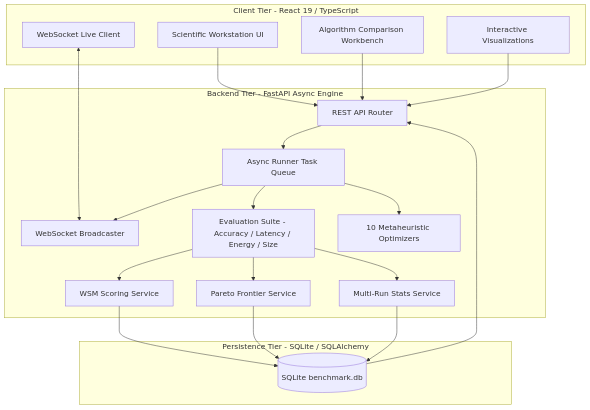
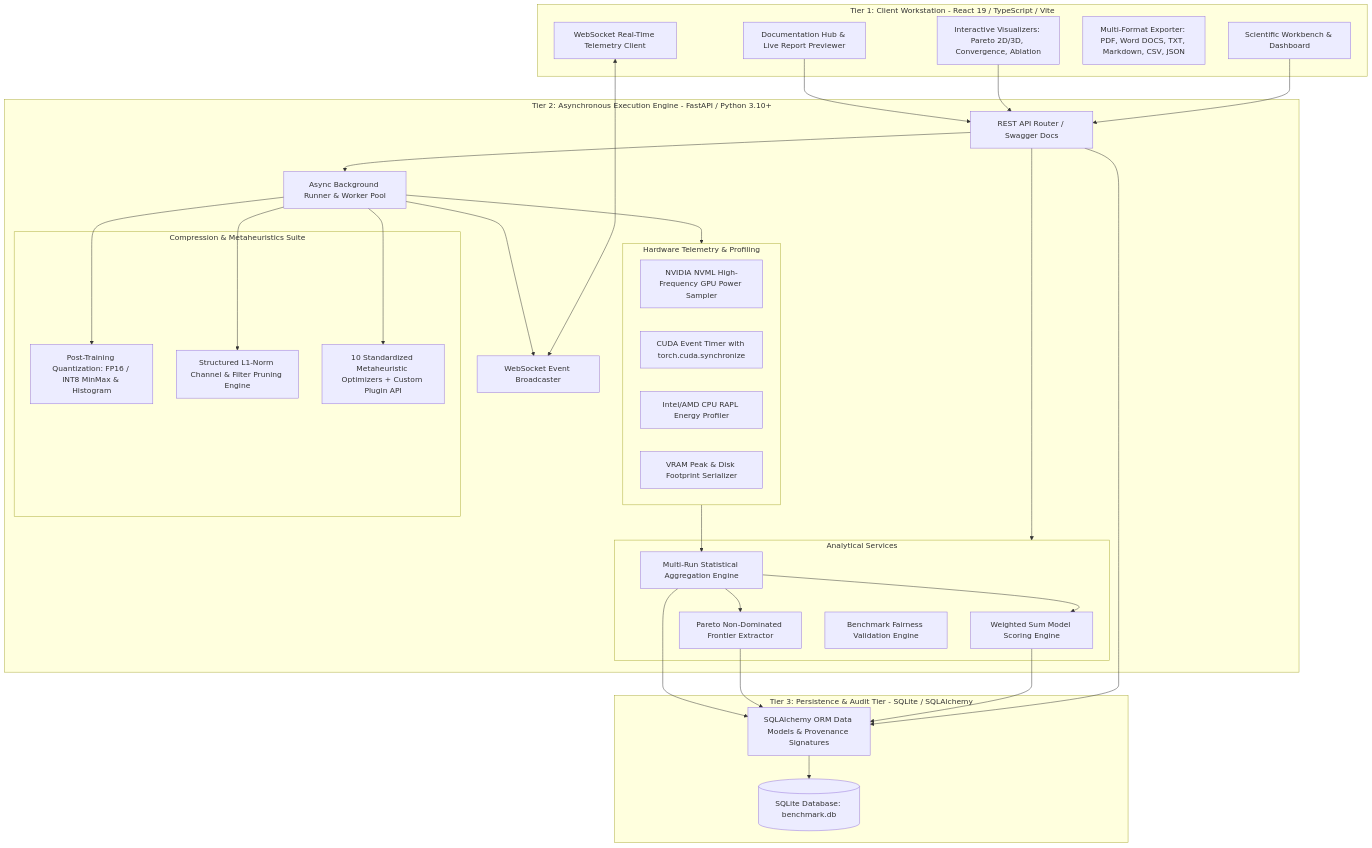
Before and after one commit to UmeshCode1/cnn-optimization-benchmark: the first of 3 diagrams in docs/architecture.md, drawn with Mermaid. The commit also changed other lines of this file and 5 other files, not shown here.

Commit message:
Feat: Complete Architecture Diagrams, 10 Metaheuristic Formulations, Interactive Live Report Preview, and GitHub Wiki Blueprint

````diff
--- a/docs/architecture.md
+++ b/docs/architecture.md
@@ -9,42 +9,72 @@
 ```mermaid
 graph TB
-    subgraph ClientLayer [Client Tier - React 19 / TypeScript]
-        UI[Scientific Workstation UI]
-        WB[Algorithm Comparison Workbench]
-        Plots[Interactive Visualizations]
-        WSClient[WebSocket Live Client]
+    subgraph Tier1 [Tier 1: Client Workstation - React 19 / TypeScript / Vite]
+        UI[Scientific Workbench & Dashboard]
+        Viz[Interactive Visualizers: Pareto 2D/3D, Convergence, Ablation]
+        DocHub[Documentation Hub & Live Report Previewer]
+        ExpEngine[Multi-Format Exporter: PDF, Word DOCS, TXT, Markdown, CSV, JSON]
+        WSClient[WebSocket Real-Time Telemetry Client]
     end
 
-    subgraph BackendLayer [Backend Tier - FastAPI Async Engine]
-        Router[REST API Router]
-        WSServer[WebSocket Broadcaster]
-        Worker[Async Runner Task Queue]
+    subgraph Tier2 [Tier 2: Asynchronous Execution Engine - FastAPI / Python 3.10+]
+        Router[REST API Router / Swagger Docs]
+        WSServer[WebSocket Event Broadcaster]
+        RunnerWorker[Async Background Runner & Worker Pool]
         
-        ScoringSvc[WSM Scoring Service]
-        ParetoSvc[Pareto Frontier Service]
-        StatsSvc[Multi-Run Stats Service]
+        subgraph Services [Analytical Services]
+            WSMService[Weighted Sum Model Scoring Engine]
+            ParetoService[Pareto Non-Dominated Frontier Extractor]
+            StatsService[Multi-Run Statistical Aggregation Engine]
+            FairnessService[Benchmark Fairness Validation Engine]
+        end
         
-        Eval[Evaluation Suite - Accuracy / Latency / Energy / Size]
-        Optimizers[10 Metaheuristic Optimizers]
+        subgraph CompressionZoo [Compression & Metaheuristics Suite]
+            PTQEngine[Post-Training Quantization: FP16 / INT8 MinMax & Histogram]
+            PruneEngine[Structured L1-Norm Channel & Filter Pruning Engine]
+            MetaRegistry[10 Standardized Metaheuristic Optimizers + Custom Plugin API]
+        end
+        
+        subgraph TelemetrySuite [Hardware Telemetry & Profiling]
+            NVMLCapture[NVIDIA NVML High-Frequency GPU Power Sampler]
+            CUDATiming[CUDA Event Timer with torch.cuda.synchronize]
+            RAPLCapture[Intel/AMD CPU RAPL Energy Profiler]
+            MemoryProfiler[VRAM Peak & Disk Footprint Serializer]
+        end
     end
 
-    subgraph StorageLayer [Persistence Tier - SQLite / SQLAlchemy]
-        DB[(SQLite benchmark.db)]
+    subgraph Tier3 [Tier 3: Persistence & Audit Tier - SQLite / SQLAlchemy]
+        SQLiteDB[(SQLite Database: benchmark.db)]
+        ORMModels[SQLAlchemy ORM Data Models & Provenance Signatures]
     end
 
+    %% Client to Backend
     UI --> Router
-    WB --> Router
-    Plots --> Router
+    Viz --> Router
+    DocHub --> Router
     WSClient <--> WSServer
-    Router --> Worker
-    Worker --> Optimizers
-    Worker --> Eval
-    Eval --> ScoringSvc
-    Eval --> ParetoSvc
-    Eval --> StatsSvc
-    ScoringSvc --> DB
-    ParetoSvc --> DB
-    StatsSvc --> DB
-    Worker --> WSServer
-    DB --> Router
+
+    %% Backend Routing
+    Router --> RunnerWorker
+    Router --> Services
+    Router --> ORMModels
+
+    %% Worker Pipeline Execution
+    RunnerWorker --> PTQEngine
+    RunnerWorker --> PruneEngine
+    RunnerWorker --> MetaRegistry
+    RunnerWorker --> TelemetrySuite
+    
+    %% Telemetry to Analytics
+    TelemetrySuite --> StatsService
+    StatsService --> WSMService
+    StatsService --> ParetoService
+    
+    %% Analytics to Persistence
+    WSMService --> ORMModels
+    ParetoService --> ORMModels
+    StatsService --> ORMModels
+    ORMModels --> SQLiteDB
+    
+    %% Real-Time Telemetry Feed
+    RunnerWorker --> WSServer
 ```
````
